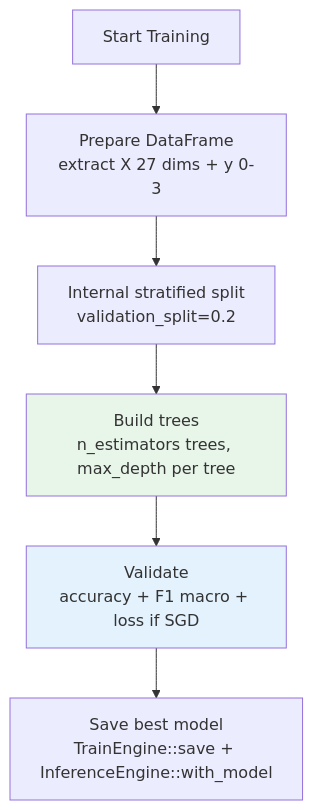
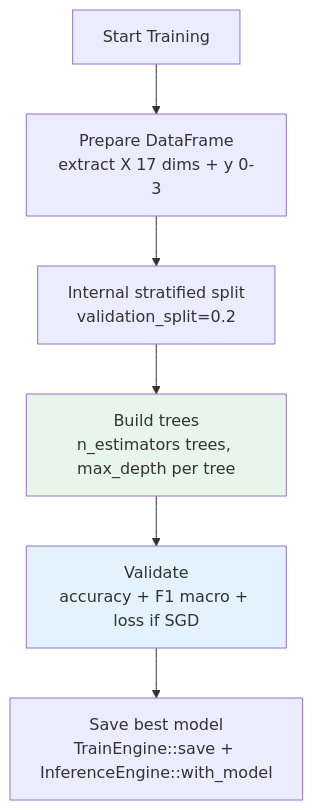
The fourth of 6 diagrams in plans/05-Model/02-Training/02-training-loop.md (Evintkoo/2048-ml), drawn with Mermaid before and after one commit. The commit also changed other lines of this file and 198 other files, not shown here.

````diff
--- a/plans/05-Model/02-Training/02-training-loop.md
+++ b/plans/05-Model/02-Training/02-training-loop.md
@@ -73,12 +73,12 @@
 ```mermaid
 flowchart TB
     Start[Start Training]
-    Start --> Prepare[Prepare DataFrame<br/>extract X 27 dims + y 0-3]
+    Start --> Prepare[Prepare DataFrame<br/>extract X 17 dims + y 0-3]
     Prepare --> Split[Internal stratified split<br/>validation_split=0.2]
     Split --> Build[Build trees<br/>n_estimators trees, max_depth per tree]
     Build --> Validate[Validate<br/>accuracy + F1 macro + loss if SGD]
     Validate --> Save[Save best model<br/>TrainEngine::save + InferenceEngine::with_model]
     
     style Build fill:#e8f5e9
     style Validate fill:#e3f2fd
 ```
````
